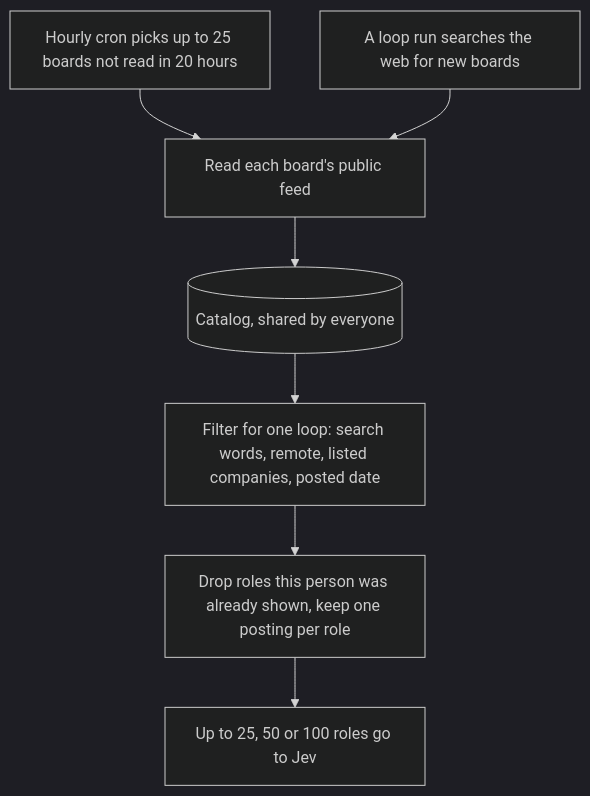
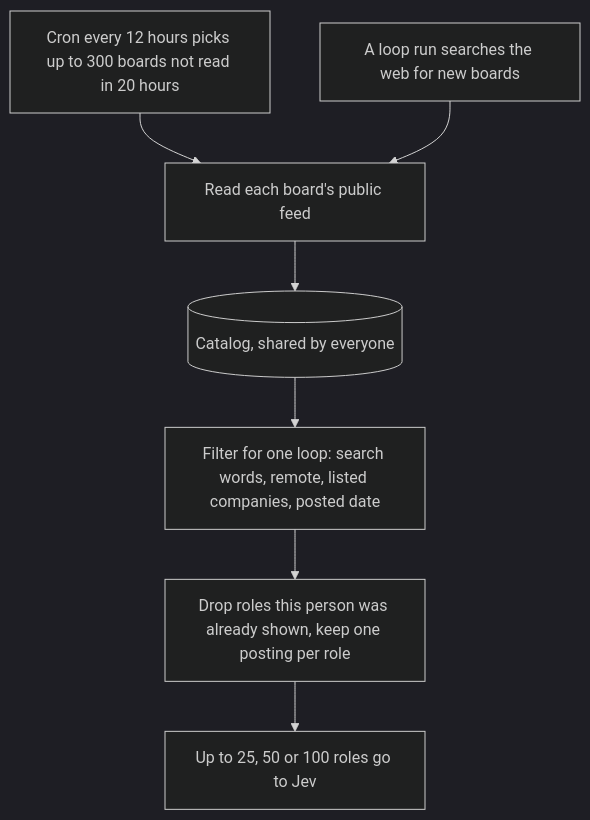
Before and after one commit to saranatour1/job-tracking-helper: the first of 2 diagrams in docs/job-classification.md, drawn with Mermaid (dark theme). The commit also changed other lines of this file and 21 other files, not shown here.

````diff
--- a/docs/job-classification.md
+++ b/docs/job-classification.md
@@ -19,9 +19,9 @@
 ```mermaid
 flowchart TD
-    H["Hourly cron picks up to 25 boards not read in 20 hours"] --> F["Read each board's public feed"]
+    H["Cron every 12 hours picks up to 300 boards not read in 20 hours"] --> F["Read each board's public feed"]
     N["A loop run searches the web for new boards"] --> F
     F --> C[("Catalog, shared by everyone")]
     C --> P["Filter for one loop: search words, remote, listed companies, posted date"]
     P --> S["Drop roles this person was already shown, keep one posting per role"]
     S --> J["Up to 25, 50 or 100 roles go to Jev"]
 ```
````
